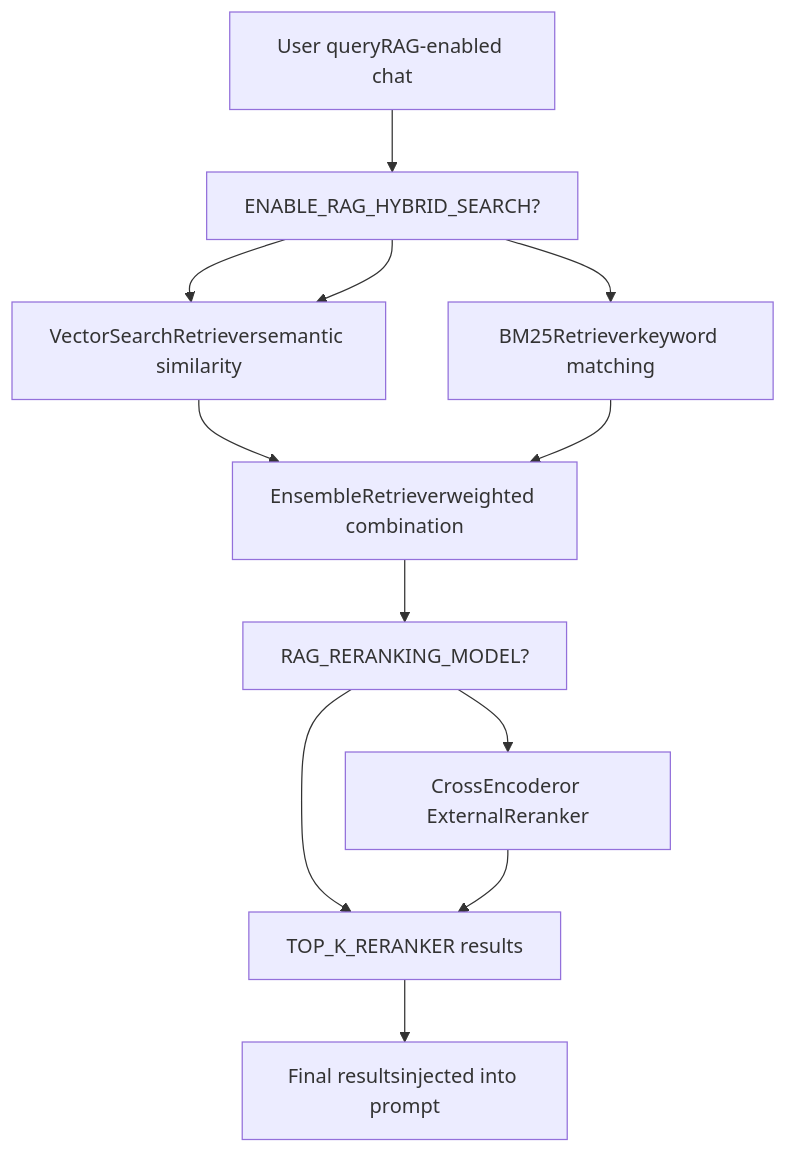
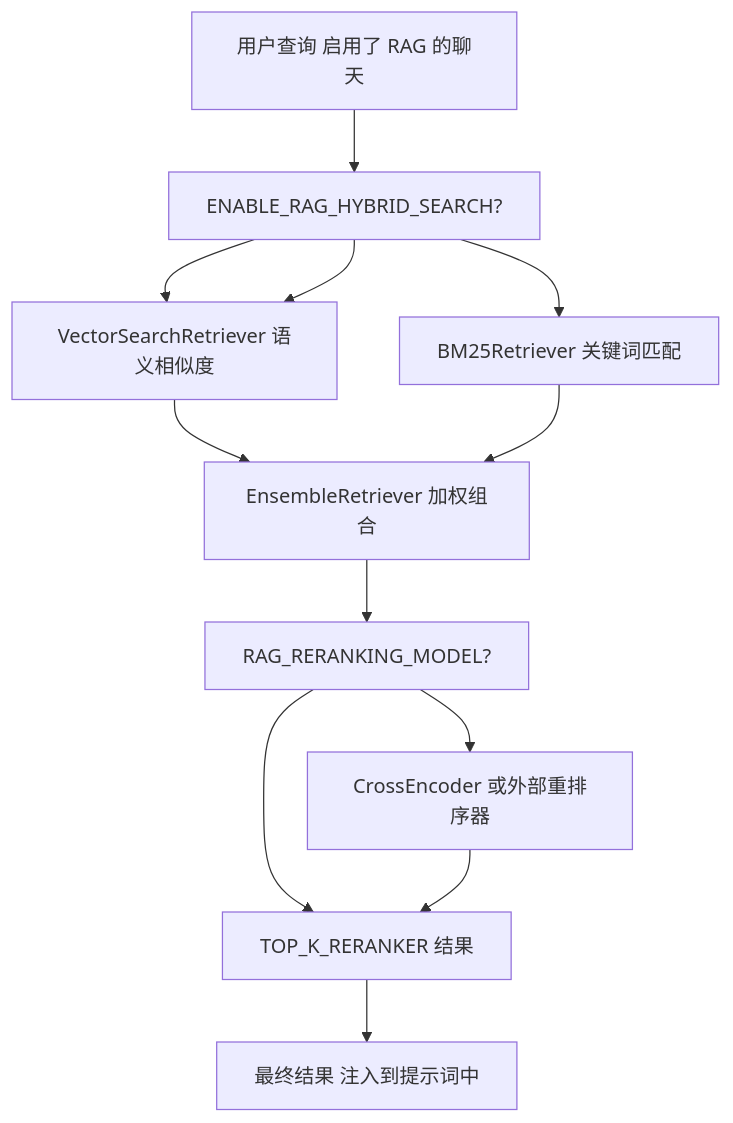
Before and after one commit to Chesszyh/Wiki: the fifth of 7 diagrams in tests/open-webui_deepwiki/zh/1-overview.md, drawn with Mermaid. The commit also changed other lines of this file and 234 other files, not shown here.

````diff
--- a/tests/open-webui_deepwiki/zh/1-overview.md
+++ b/tests/open-webui_deepwiki/zh/1-overview.md
@@ -294,24 +294,24 @@
 ```mermaid
 flowchart TD
-    Query["User queryRAG-enabled chat"]
+    Query["用户查询 启用了 RAG 的聊天"]
     HybridCheck["ENABLE_RAG_HYBRID_SEARCH?"]
-    VectorSearch["VectorSearchRetrieversemantic similarity"]
-    BM25Search["BM25Retrieverkeyword matching"]
-    EnsembleRetriever["EnsembleRetrieverweighted combination"]
+    VectorSearch["VectorSearchRetriever 语义相似度"]
+    BM25Search["BM25Retriever 关键词匹配"]
+    EnsembleRetriever["EnsembleRetriever 加权组合"]
     RerankCheck["RAG_RERANKING_MODEL?"]
-    CrossEncoder["CrossEncoderor ExternalReranker"]
-    TopK["TOP_K_RERANKER results"]
-    Results["Final resultsinjected into prompt"]
+    CrossEncoder["CrossEncoder 或外部重排序器"]
+    TopK["TOP_K_RERANKER 结果"]
+    Results["最终结果 注入到提示词中"]
 
     Query --> HybridCheck
     HybridCheck --> VectorSearch
     HybridCheck --> BM25Search
     HybridCheck --> VectorSearch
     VectorSearch --> EnsembleRetriever
     BM25Search --> EnsembleRetriever
     EnsembleRetriever --> RerankCheck
     RerankCheck --> CrossEncoder
     RerankCheck --> TopK
     CrossEncoder --> TopK
     TopK --> Results
 ```
````
